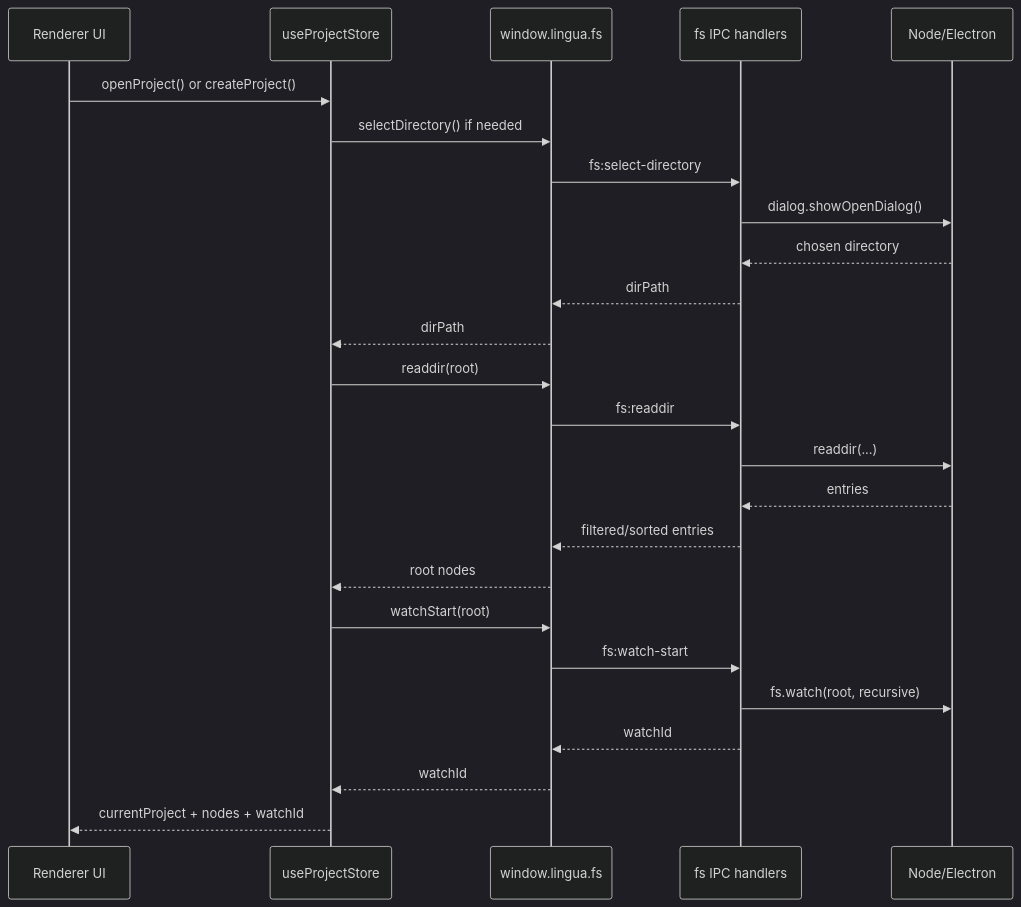
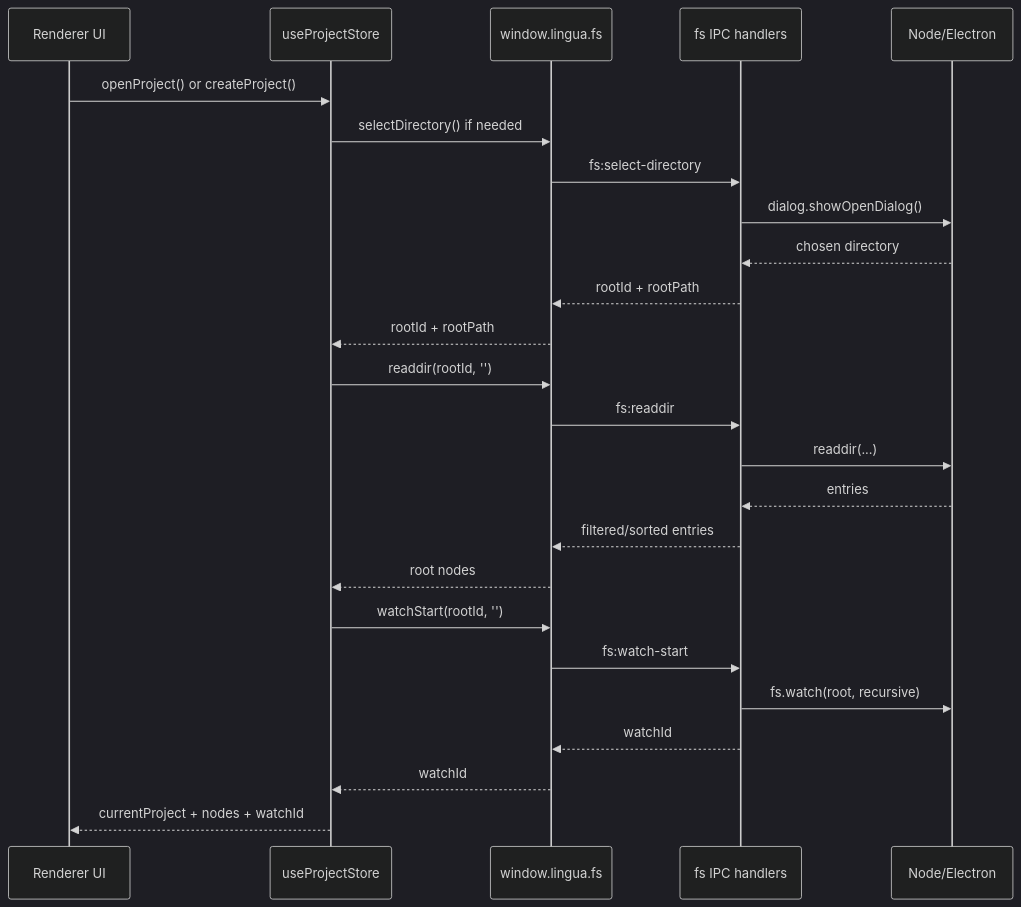
The second of 2 diagrams in docs/ARCHITECTURE.md (johnny4young/lingua), drawn with Mermaid (dark theme) before and after one commit. The commit also changed other lines of this file and 39 other files, not shown here.

````diff
--- a/docs/ARCHITECTURE.md
+++ b/docs/ARCHITECTURE.md
@@ -82,31 +82,31 @@
 ```mermaid
 sequenceDiagram
     participant UI as Renderer UI
     participant Store as useProjectStore
     participant Preload as window.lingua.fs
     participant Main as fs IPC handlers
     participant Native as Node/Electron
 
     UI->>Store: openProject() or createProject()
     Store->>Preload: selectDirectory() if needed
     Preload->>Main: fs:select-directory
     Main->>Native: dialog.showOpenDialog()
     Native-->>Main: chosen directory
-    Main-->>Preload: dirPath
-    Preload-->>Store: dirPath
+    Main-->>Preload: rootId + rootPath
+    Preload-->>Store: rootId + rootPath
 
-    Store->>Preload: readdir(root)
+    Store->>Preload: readdir(rootId, '')
     Preload->>Main: fs:readdir
     Main->>Native: readdir(...)
     Native-->>Main: entries
     Main-->>Preload: filtered/sorted entries
     Preload-->>Store: root nodes
 
-    Store->>Preload: watchStart(root)
+    Store->>Preload: watchStart(rootId, '')
     Preload->>Main: fs:watch-start
     Main->>Native: fs.watch(root, recursive)
     Main-->>Preload: watchId
     Preload-->>Store: watchId
 
     Store-->>UI: currentProject + nodes + watchId
 ```
````
